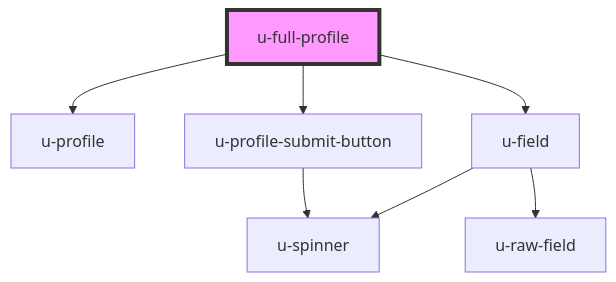
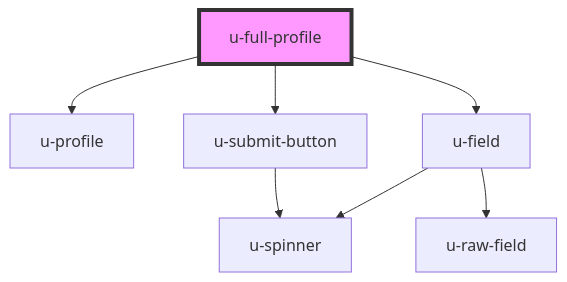
The diagram in packages/sdk/src/profile/components/full-profile/readme.md (UnidyID/unidy-sdk), drawn with Mermaid before and after one commit. The commit also changed other lines of this file and 17 other files, not shown here.

````diff
--- a/packages/sdk/src/profile/components/full-profile/readme.md
+++ b/packages/sdk/src/profile/components/full-profile/readme.md
@@ -26,10 +26,10 @@
 ```mermaid
 graph TD;
   u-full-profile --> u-profile
   u-full-profile --> u-field
-  u-full-profile --> u-profile-submit-button
+  u-full-profile --> u-submit-button
   u-field --> u-spinner
   u-field --> u-raw-field
-  u-profile-submit-button --> u-spinner
+  u-submit-button --> u-spinner
   style u-full-profile fill:#f9f,stroke:#333,stroke-width:4px
 ```
````
